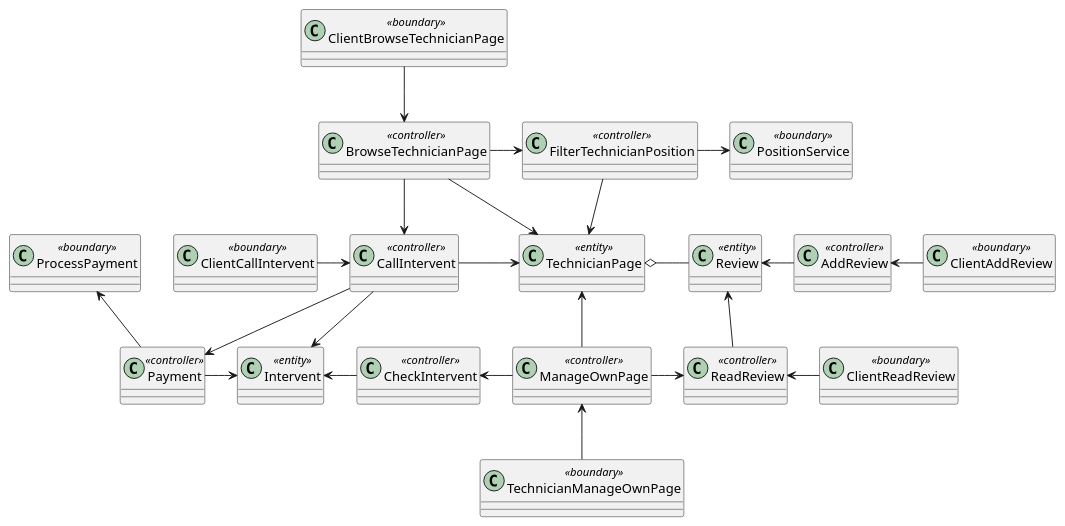
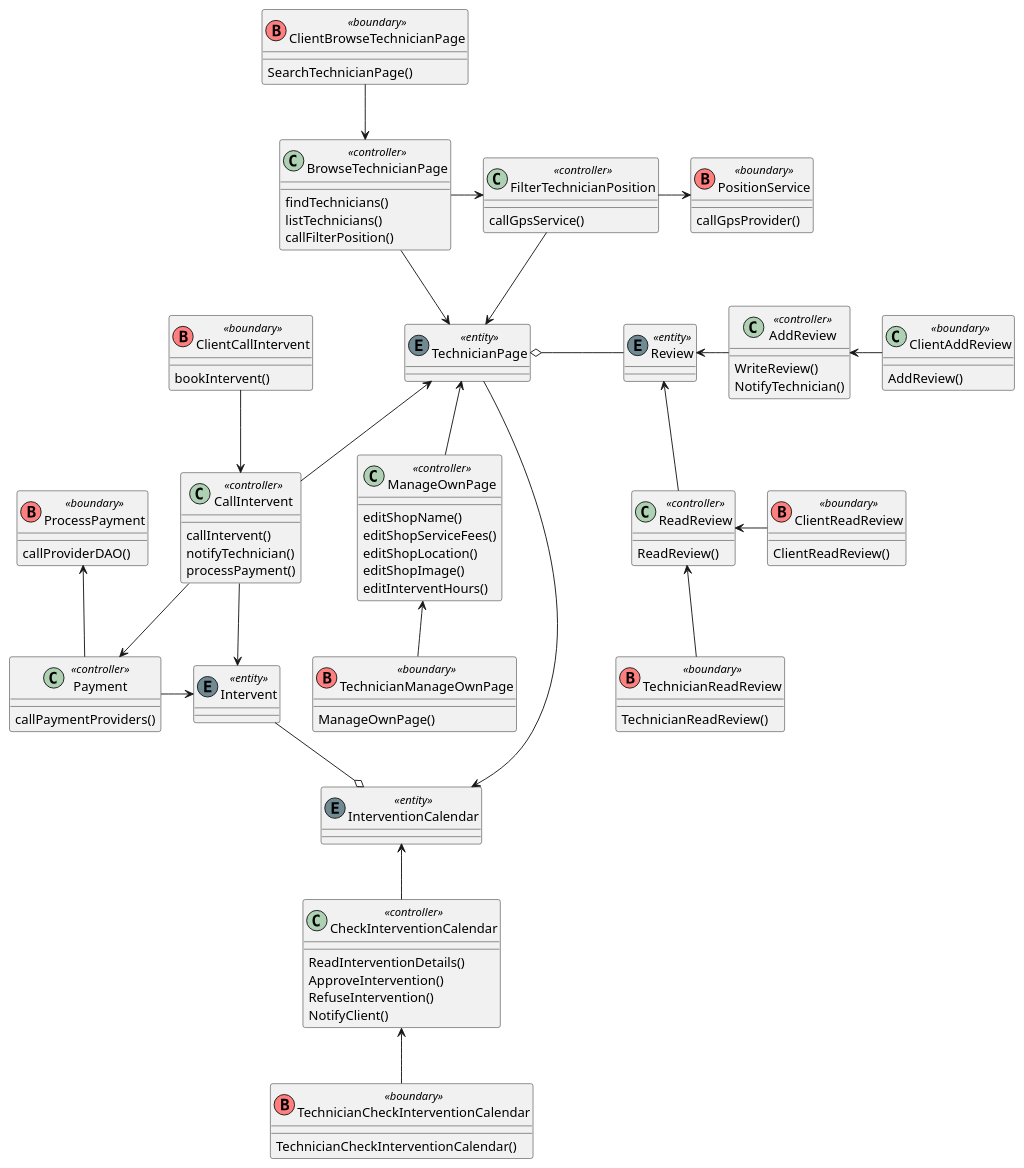
The diagram in doc/bce/bce_pantuml.md (GiuEliNo/JustIT), drawn with PlantUML before and after one commit. The commit also changed other lines of this file, not shown here.

Commit message:
Raffinamento del modello BCE

````diff
--- a/doc/bce/bce_pantuml.md
+++ b/doc/bce/bce_pantuml.md
@@ -1,47 +9,102 @@
 ```plantuml
 @startuml
+class   ClientCallIntervent             <<(B,#FF7F7F)boundary>>{
+bookIntervent()
+}
+class   CallIntervent                   <<controller>>{
+callIntervent()
+notifyTechnician()
+processPayment()
+}
 
-class   ClientCallIntervent             <<boundary>>
-class   CallIntervent                   <<controller>>
-class   TechnicianPage                  <<entity>>
-class   Payment                         <<controller>>
-class   ProcessPayment                  <<boundary>>
-class   ClientBrowseTechnicianPage      <<boundary>>
-class   BrowseTechnicianPage            <<controller>>
-class   FilterTechnicianPosition        <<controller>>
-class   PositionService                 <<boundary>>
-class   ManageOwnPage                   <<controller>>
-class   TechnicianManageOwnPage         <<boundary>>
-class   CheckIntervent                  <<controller>>
-class   Intervent                       <<entity>>
-class   ClientAddReview                 <<boundary>>
-class   ClientReadReview                <<boundary>>
-class   AddReview                       <<controller>>
-class   Review                          <<entity>>
-class   ReadReview                      <<controller>>
+class   TechnicianPage                  <<(E,#708a93)entity>>
+class   Payment                         <<controller>>{
+callPaymentProviders()
+}
+class   ProcessPayment                  <<(B,#FF7F7F)boundary>>{
+callProviderDAO()
+}
+class   ClientBrowseTechnicianPage      <<(B,#FF7F7F)boundary>>{
+SearchTechnicianPage()
+}
+class   BrowseTechnicianPage            <<controller>>{
+findTechnicians()
+listTechnicians()
+callFilterPosition()
+}
+class   FilterTechnicianPosition        <<controller>>{
+callGpsService()
+}
+class   PositionService                 <<(B,#FF7F7F)boundary>>{
+callGpsProvider()
+}
+class   ManageOwnPage                   <<controller>>{
+editShopName()
+editShopServiceFees()
+editShopLocation()
+editShopImage()
+editInterventHours()
+}
+class   TechnicianManageOwnPage         <<(B,#FF7F7F)boundary>>{
+ManageOwnPage()
+}
+class   CheckInterventionCalendar                  <<controller>>{
+ReadInterventionDetails()
+ApproveIntervention()
+RefuseIntervention()
+NotifyClient()
+}
+class   Intervent                       <<(E,#708a93)entity>>
+class   ClientAddReview                 <<boundary>> { 
+AddReview()
+ }
+class   ClientReadReview                <<(B,#FF7F7F)boundary>>{
+ClientReadReview()
+}
+class   AddReview                       <<controller>>{
+WriteReview()
+NotifyTechnician()
+}
+class   Review                          <<(E,#708a93)entity>>
+class   ReadReview                      <<controller>>{
+ReadReview()
+}
 
+class TechnicianReadReview              <<(B,#FF7F7F) boundary>>{
+TechnicianReadReview()
+}
+class TechnicianCheckInterventionCalendar <<(B,#FF7F7F) boundary>>{
+TechnicianCheckInterventionCalendar()
+}
+
+class InterventionCalendar          <<(E,#708a93)entity>>{
+}
+
+
+
+Intervent --o InterventionCalendar
+TechnicianCheckInterventionCalendar -u-> CheckInterventionCalendar
+TechnicianReadReview -u-> ReadReview
 ClientReadReview -l-> ReadReview
 ReadReview -up-> Review
 ClientAddReview -l-> AddReview
 AddReview -l-> Review
 Review -l-o TechnicianPage
-ClientCallIntervent -> CallIntervent
-CallIntervent -> TechnicianPage
+ClientCallIntervent -d-> CallIntervent
 CallIntervent -d-> Payment
 Payment -> Intervent
 Payment -u-> ProcessPayment
 ClientBrowseTechnicianPage -d-> BrowseTechnicianPage
 BrowseTechnicianPage -> TechnicianPage
-BrowseTechnicianPage -> CallIntervent
 BrowseTechnicianPage -> FilterTechnicianPosition
 FilterTechnicianPosition -d-> TechnicianPage
 FilterTechnicianPosition -> PositionService
 TechnicianManageOwnPage -u-> ManageOwnPage
 ManageOwnPage -u-> TechnicianPage
-ManageOwnPage -l-> CheckIntervent
-ManageOwnPage -r-> ReadReview
-CheckIntervent -l-> Intervent
+CheckInterventionCalendar -u-> InterventionCalendar
 CallIntervent -d-> Intervent
+InterventionCalendar  <-r-  TechnicianPage
+CallIntervent -u-> TechnicianPage
 
 @enduml
 ```
````
